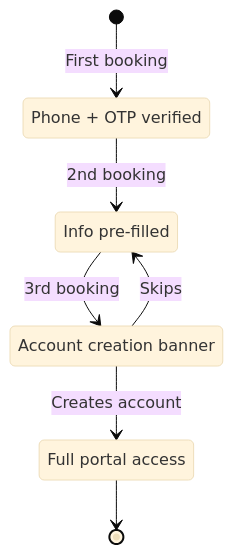
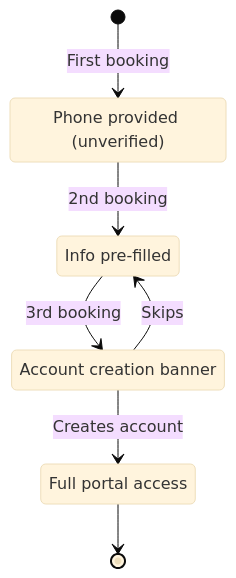
One commit to UnderprotectionDev/salon-management-saas changed the fifth of 8 diagrams in docs/prd/design-system.md. Above: the diagram before and after it, drawn with Mermaid (base theme). The commit also changed other lines of this file and 38 other files, not shown here.

````diff
--- a/docs/prd/design-system.md
+++ b/docs/prd/design-system.md
@@ -722,14 +719,14 @@
 ```mermaid
 stateDiagram-v2
     [*] --> Guest: First booking
     Guest --> Recognized: 2nd booking
     Recognized --> Prompted: 3rd booking
     Prompted --> Registered: Creates account
     Prompted --> Recognized: Skips
     Registered --> [*]
 
-    Guest: Phone + OTP verified
+    Guest: Phone provided (unverified)
     Recognized: Info pre-filled
     Prompted: Account creation banner
     Registered: Full portal access
 ```
````
